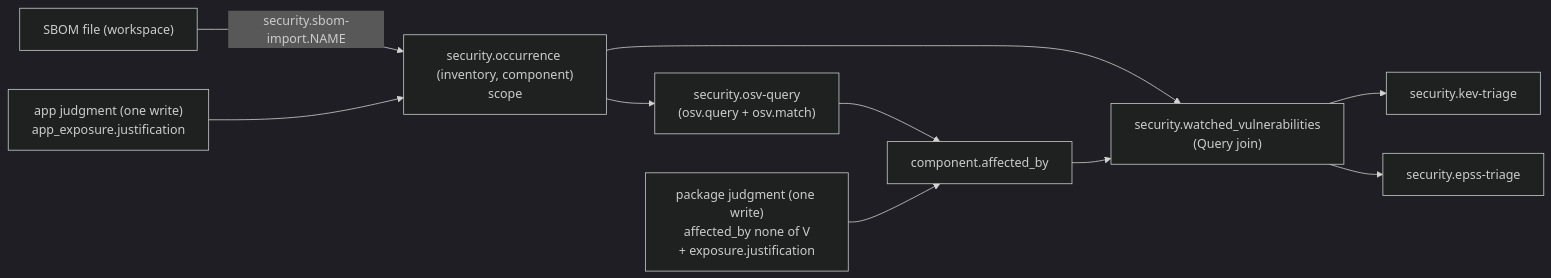
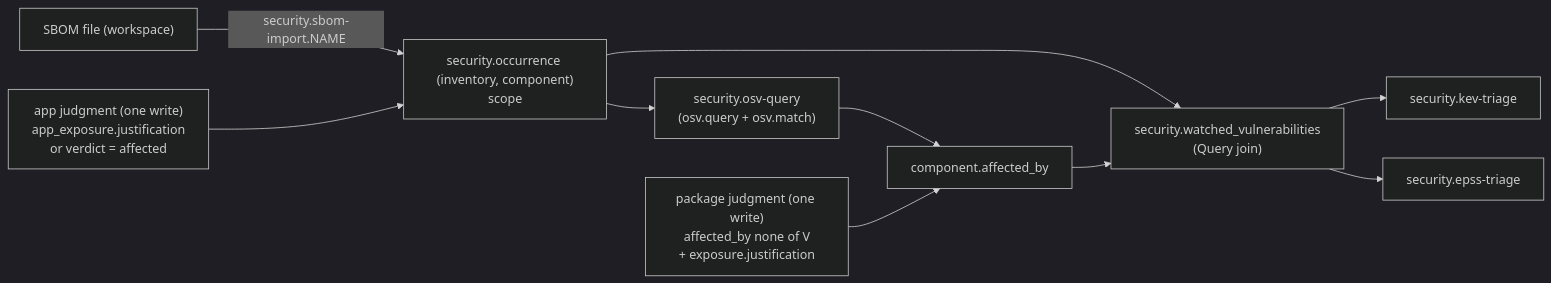
The first of 2 diagrams in kits/security/source/pilot/README.md (cruxible-ai/cruxible-kits), drawn with Mermaid (dark theme) before and after one commit. The commit also changed other lines of this file and 4 other files, not shown here.

First line of the commit message:
Dependency loop: app-level affected verdict and security.confirmed_exposures

````diff
--- a/kits/security/source/pilot/README.md
+++ b/kits/security/source/pilot/README.md
@@ -28,12 +29,12 @@
 ```mermaid
 flowchart LR
   sbom["SBOM file (workspace)"] -->|security.sbom-import.NAME| occ["security.occurrence (inventory, component)<br/>scope"]
   occ --> osvq["security.osv-query<br/>(osv.query + osv.match)"]
   osvq --> aff["component.affected_by"]
   occ --> watch["security.watched_vulnerabilities<br/>(Query join)"]
   aff --> watch
   watch --> kev["security.kev-triage"]
   watch --> epss["security.epss-triage"]
   pkg["package judgment (one write)<br/>affected_by none of V<br/>+ exposure.justification"] --> aff
-  app["app judgment (one write)<br/>app_exposure.justification"] --> occ
+  app["app judgment (one write)<br/>app_exposure.justification<br/>or verdict = affected"] --> occ
 ```
````
